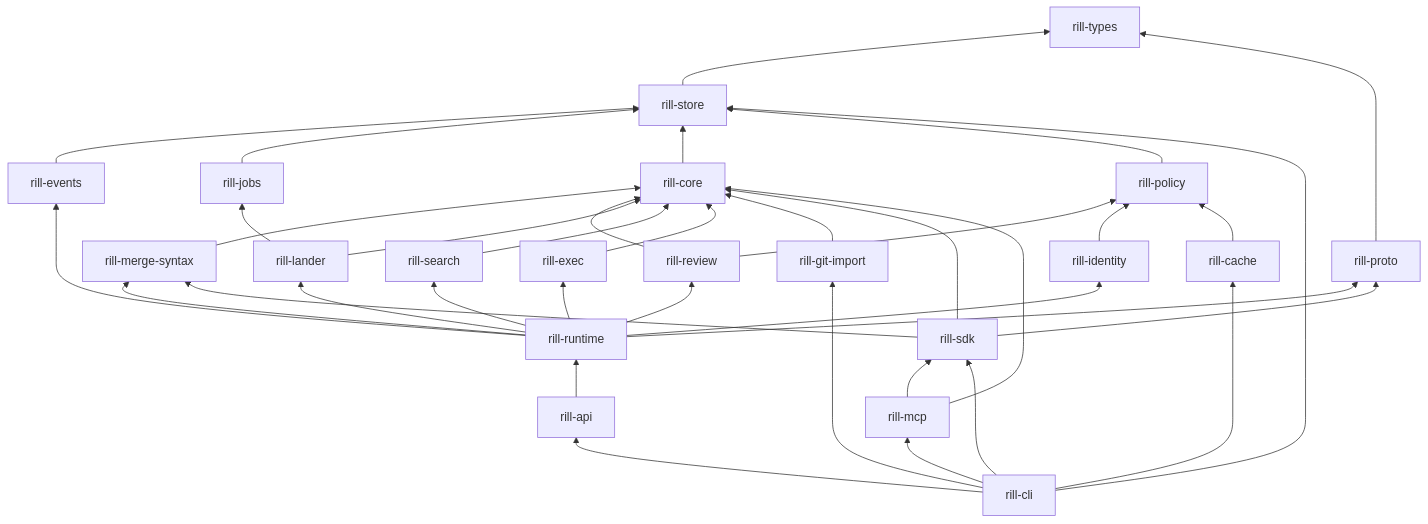
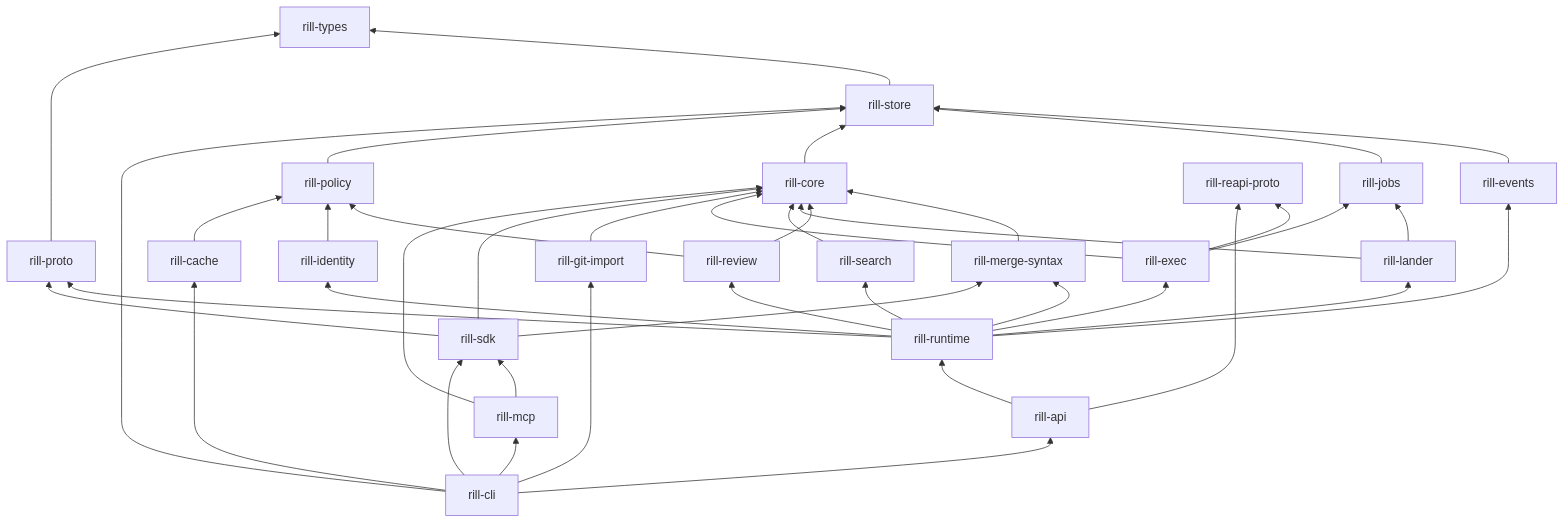
Before and after one commit to envoy1084/rill: the diagram in architecture/01-overview/crates-and-layering.md, drawn with Mermaid. The commit also changed other lines of this file and 10 other files, not shown here.

````diff
--- a/architecture/01-overview/crates-and-layering.md
+++ b/architecture/01-overview/crates-and-layering.md
@@ -70,23 +71,24 @@
 ```mermaid
 flowchart BT
   types[rill-types]
   store[rill-store] --> types
   events[rill-events] --> store
   jobs[rill-jobs] --> store
   core[rill-core] --> store
   mergesyn[rill-merge-syntax] --> core
   policy[rill-policy] --> store
   review[rill-review] --> core & policy
   lander[rill-lander] --> core & jobs
   search[rill-search] --> core
-  exec[rill-exec] --> core
+  exec[rill-exec] --> core & jobs & reapi
+  reapi[rill-reapi-proto]
   import[rill-git-import] --> core
   identity[rill-identity] --> policy
   proto[rill-proto] --> types
   runtime[rill-runtime] --> review & lander & search & exec & identity & proto & events & mergesyn
-  api[rill-api] --> runtime
+  api[rill-api] --> runtime & reapi
   cache[rill-cache] --> policy
   sdk[rill-sdk] --> proto & core & mergesyn
   mcp[rill-mcp] --> sdk & core
   cli[rill-cli] --> sdk & mcp & api & cache & store & import
 ```
````
